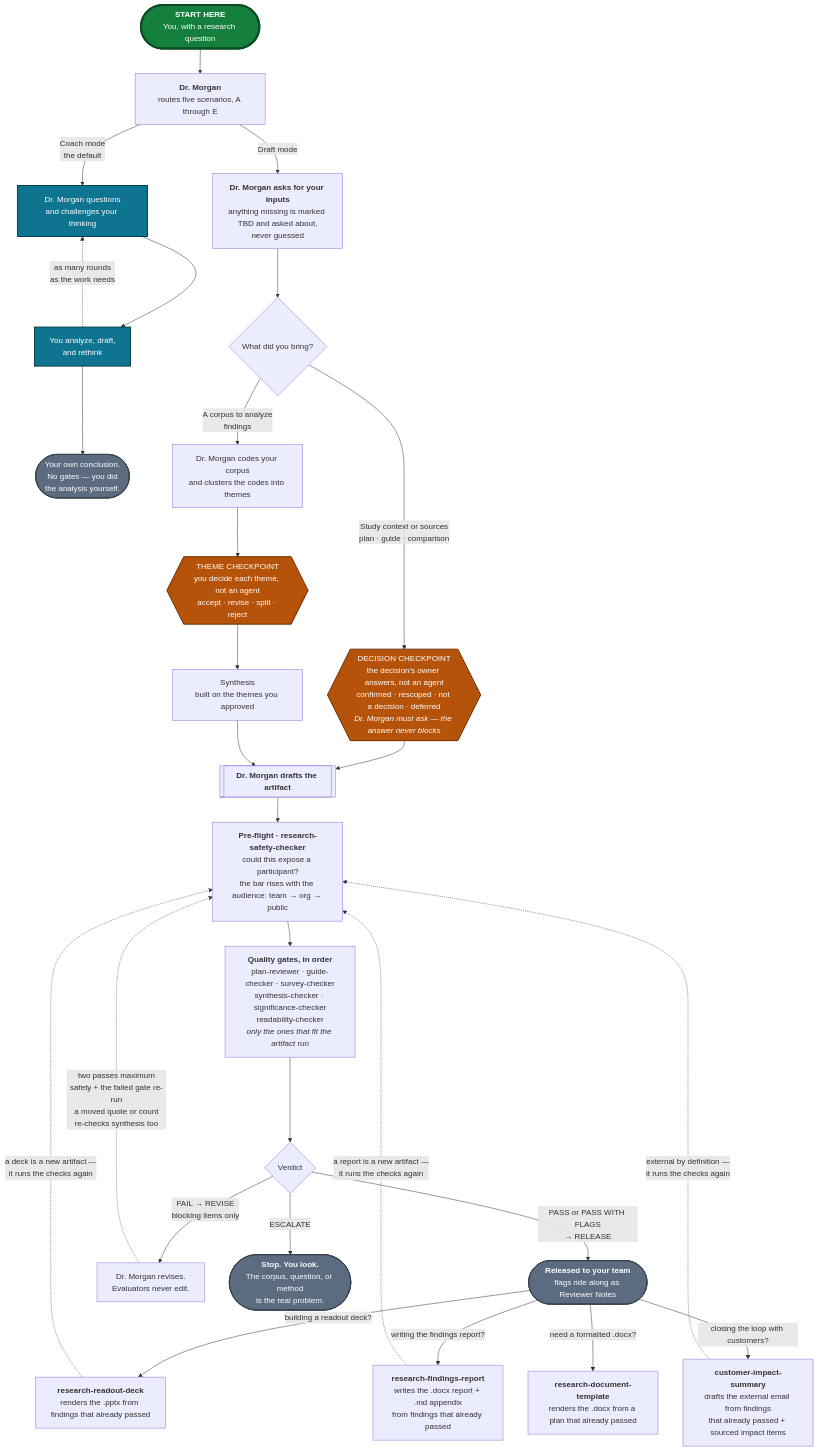
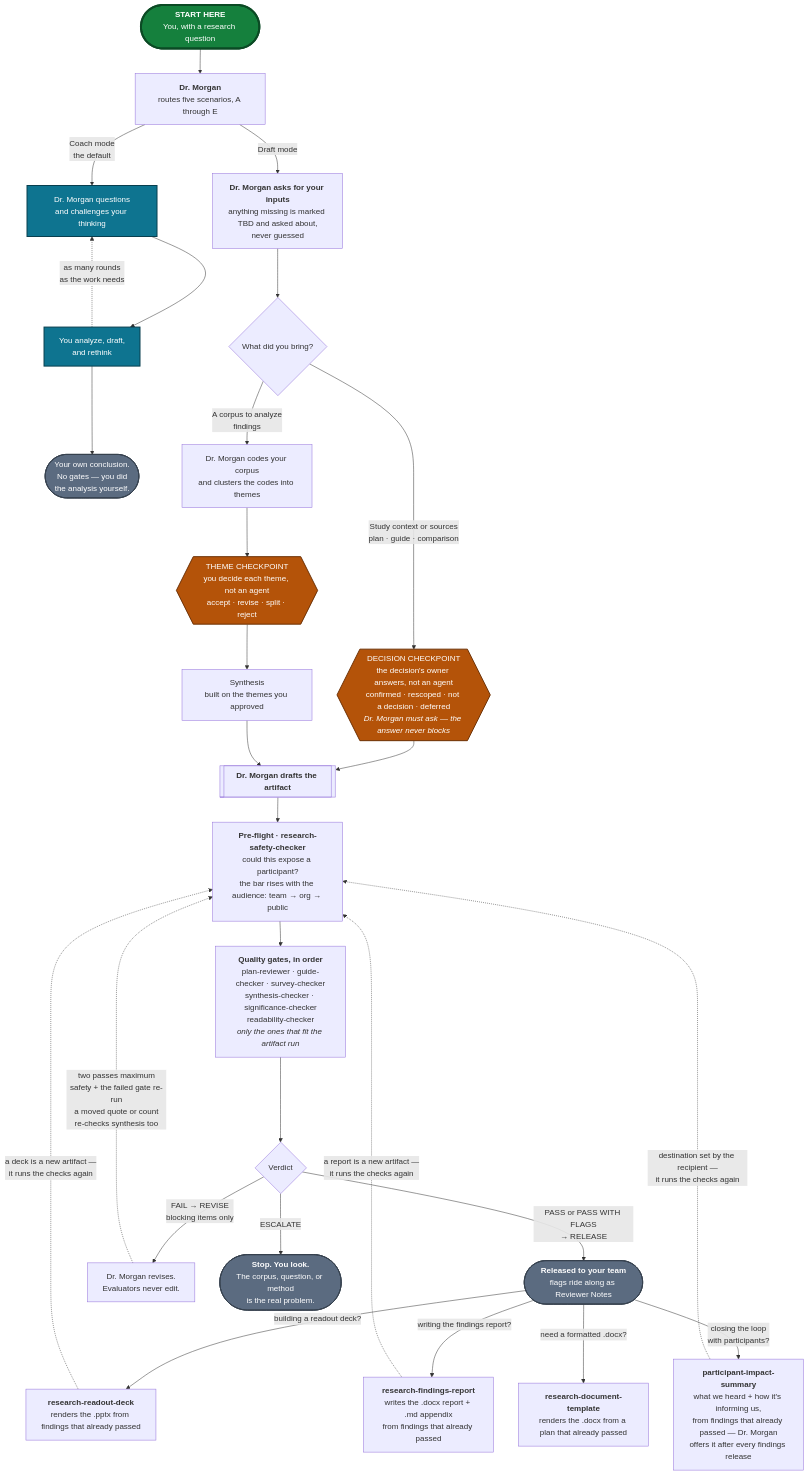
Before and after one commit to kirstenhosic/UX-Research-Skills-IBM-Secure: the diagram in README.md, drawn with Mermaid. The commit also changed other lines of this file and 11 other files, not shown here.

````diff
--- a/README.md
+++ b/README.md
@@ -248,59 +254,59 @@
 ```mermaid
 flowchart TD
     START(["<b>START HERE</b><br/>You, with a research question"])
     START --> DM
 
     DM["<b>Dr. Morgan</b><br/>routes five scenarios, A through E"]
 
     DM -->|"Coach mode<br/>the default"| COACH["Dr. Morgan questions<br/>and challenges your thinking"]
     COACH --> WORK["You analyze, draft,<br/>and rethink"]
     WORK -.->|"as many rounds<br/>as the work needs"| COACH
     WORK --> ENDC(["Your own conclusion.<br/>No gates — you did<br/>the analysis yourself."])
 
     DM -->|"Draft mode"| IN["<b>Dr. Morgan asks for your inputs</b><br/>anything missing is marked TBD and asked about,<br/>never guessed"]
     IN --> Q{"What did you bring?"}
 
     ART[["<b>Dr. Morgan drafts the artifact</b>"]]
     CL["Dr. Morgan codes your corpus<br/>and clusters the codes into themes"]
 
     Q -->|"Study context or sources<br/>plan · guide · comparison"| DC
     Q -->|"A corpus to analyze<br/>findings"| CL
 
     DC{{"DECISION CHECKPOINT<br/>the decision's owner answers, not an agent<br/>confirmed · rescoped · not a decision · deferred<br/><i>Dr. Morgan must ask — the answer never blocks</i>"}}
     DC --> ART
 
     CL --> TC{{"THEME CHECKPOINT<br/>you decide each theme, not an agent<br/>accept · revise · split · reject"}}
     TC --> SY["Synthesis<br/>built on the themes you approved"]
     SY --> ART
 
     ART --> PF["<b>Pre-flight · research-safety-checker</b><br/>could this expose a participant?<br/>the bar rises with the audience: team → org → public"]
     PF --> G["<b>Quality gates, in order</b><br/>plan-reviewer · guide-checker · survey-checker<br/>synthesis-checker · significance-checker<br/>readability-checker<br/><i>only the ones that fit the artifact run</i>"]
     G --> V{"Verdict"}
 
     V -->|"PASS or PASS WITH FLAGS<br/>→ RELEASE"| ENDR(["<b>Released to your team</b><br/>flags ride along as Reviewer Notes"])
 
     V -->|"FAIL → REVISE<br/>blocking items only"| RV["Dr. Morgan revises.<br/>Evaluators never edit."]
     RV -.->|"two passes maximum<br/>safety + the failed gate re-run<br/>a moved quote or count<br/>re-checks synthesis too"| PF
 
     V -->|"ESCALATE"| ENDE(["<b>Stop. You look.</b><br/>The corpus, question, or method<br/>is the real problem."])
 
     ENDR -->|"building a readout deck?"| SK["<b>research-readout-deck</b><br/>renders the .pptx from findings that already passed"]
     SK -.->|"a deck is a new artifact —<br/>it runs the checks again"| PF
 
     ENDR -->|"writing the findings report?"| RPT["<b>research-findings-report</b><br/>writes the .docx report + .md appendix<br/>from findings that already passed"]
     RPT -.->|"a report is a new artifact —<br/>it runs the checks again"| PF
 
-    ENDR -->|"closing the loop with customers?"| CIS["<b>customer-impact-summary</b><br/>drafts the external email from findings<br/>that already passed + sourced impact items"]
-    CIS -.->|"external by definition —<br/>it runs the checks again"| PF
+    ENDR -->|"closing the loop<br/>with participants?"| CIS["<b>participant-impact-summary</b><br/>what we heard + how it's informing us,<br/>from findings that already passed — Dr. Morgan<br/>offers it after every findings release"]
+    CIS -.->|"destination set by the recipient —<br/>it runs the checks again"| PF
 
     ENDR -->|"need a formatted .docx?"| DOC["<b>research-document-template</b><br/>renders the .docx from a plan that already passed"]
 
     classDef entry  fill:#15803D,stroke:#0B4A24,stroke-width:4px,color:#FFFFFF
     classDef coach  fill:#0E7490,stroke:#083F4F,stroke-width:2px,color:#FFFFFF
     classDef human  fill:#B45309,stroke:#6E3206,stroke-width:2px,color:#FFFFFF
     classDef ending fill:#5B6B80,stroke:#37424F,stroke-width:2px,color:#FFFFFF
     class START entry
     class COACH,WORK coach
     class TC,DC human
     class ENDC,ENDR,ENDE ending
 ```
````
